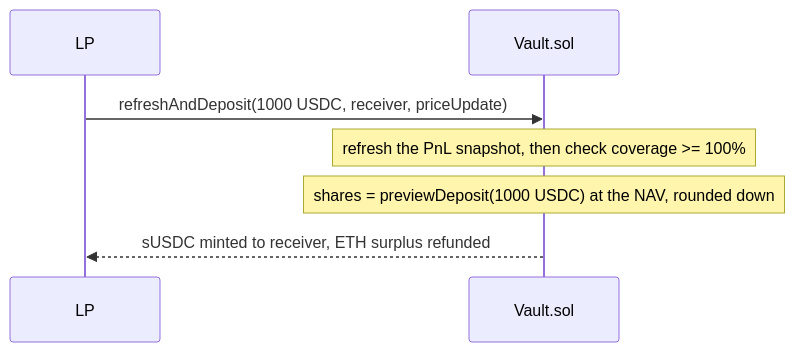
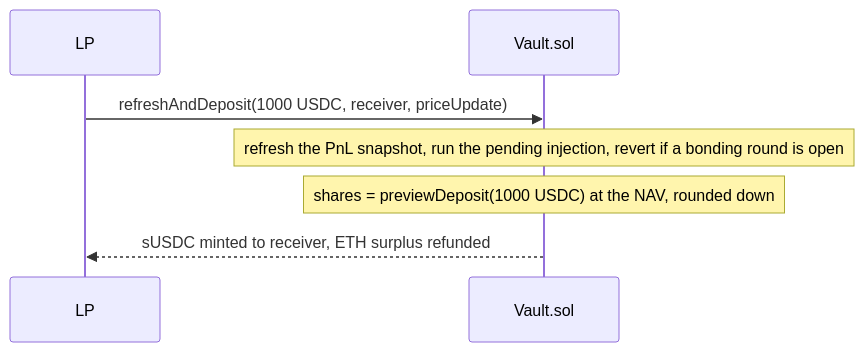
One commit to GushALKDev/evm-synthetic-trading-protocol changed the first of 4 diagrams in docs/07-vault-ssl.md. Above: the diagram before and after it, drawn with Mermaid. The commit also changed other lines of this file and 9 other files, not shown here.

````diff
--- a/docs/07-vault-ssl.md
+++ b/docs/07-vault-ssl.md
@@ -46,9 +63,9 @@
 ```mermaid
 sequenceDiagram
     participant LP
     participant Vault as Vault.sol
     LP->>Vault: refreshAndDeposit(1000 USDC, receiver, priceUpdate)
-    Note over Vault: refresh the PnL snapshot, then check coverage >= 100%
+    Note over Vault: refresh the PnL snapshot, run the pending injection, revert if a bonding round is open
     Note over Vault: shares = previewDeposit(1000 USDC) at the NAV, rounded down
     Vault-->>LP: sUSDC minted to receiver, ETH surplus refunded
 ```
````
